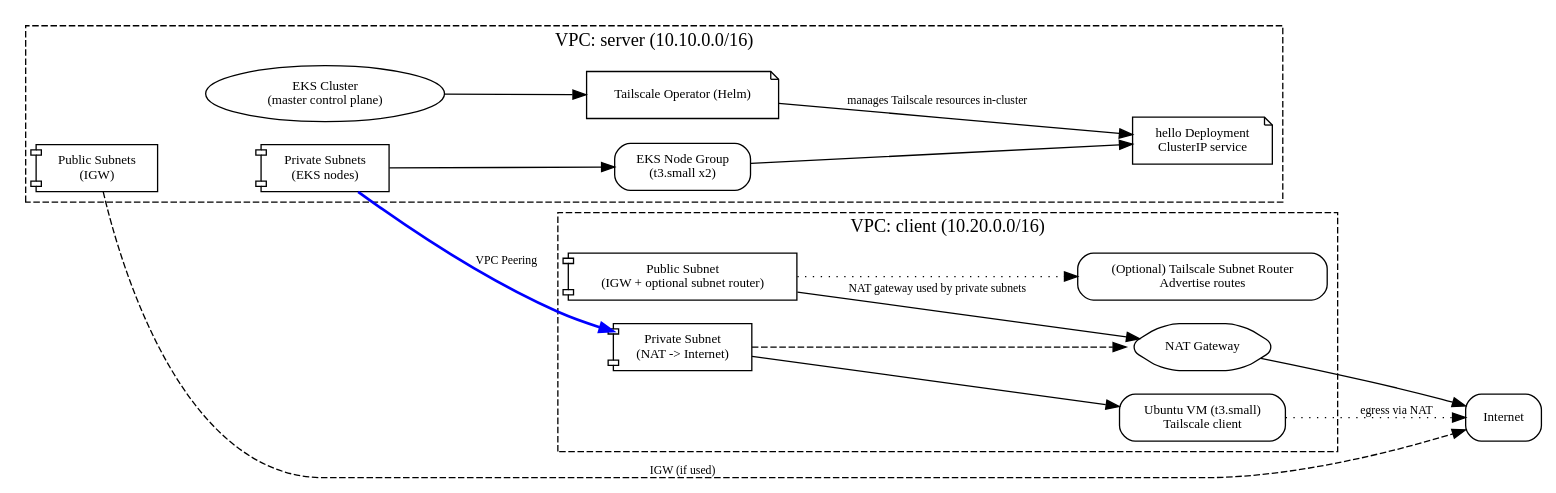
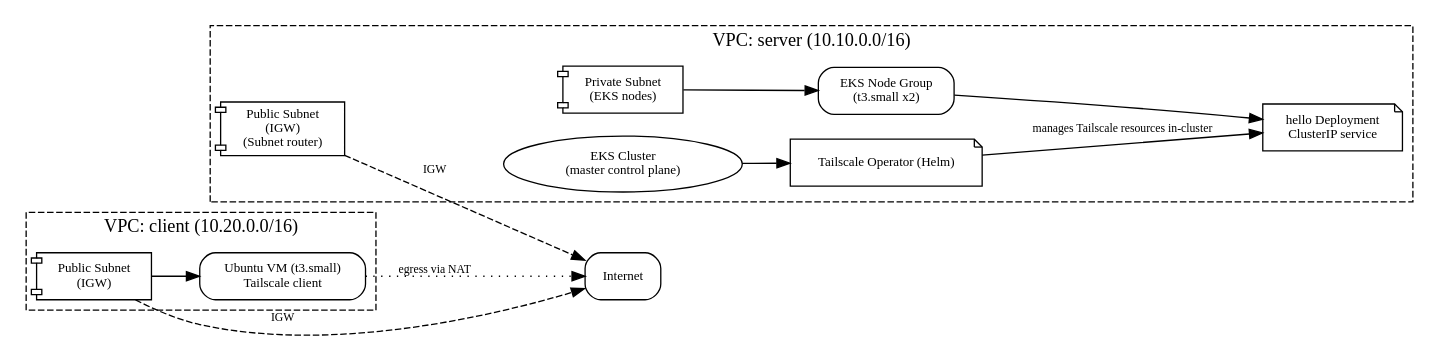
Before and after one commit to sudo-fsv/tsnet-hybrid-lab: the diagram in lab/topology/topology.dot, drawn with Graphviz. The commit also changed 13 other files, not shown here.

```diff
--- a/lab/topology/topology.dot
+++ b/lab/topology/topology.dot
@@ -1,56 +1,50 @@
 // Topology for Terraform lab: two VPCs (server, client), peered
-// - server VPC: EKS cluster (hello app) + Tailscale operator
-// - client VPC: Ubuntu VM (Tailscale client) behind NAT + optional subnet router in public subnet
+// Design updates: single public/private subnets, client VPC has only a public subnet (no NAT),
+// and the optional Tailscale subnet-router now lives in the server public subnet with a public IP.
 
 digraph lab_topology {
   rankdir=LR;
   node [shape=box, style=rounded, fontsize=10];
 
   Internet [shape=cloud, label="Internet"];
 
   subgraph cluster_server_vpc {
     label = "VPC: server (10.10.0.0/16)";
     style = "dashed";
 
-    server_public [label="Public Subnets\n(IGW)", shape=component];
-    server_private [label="Private Subnets\n(EKS nodes)", shape=component];
+    server_public [label="Public Subnet\n(IGW)\n(Subnet router)", shape=component];
+    server_private [label="Private Subnet\n(EKS nodes)", shape=component];
 
     eks_cluster [label="EKS Cluster\n(master control plane)", shape=oval];
     eks_nodes [label="EKS Node Group\n(t3.small x2)", shape=box];
     hello_app [label="hello Deployment\nClusterIP service", shape=note];
     tailscale_operator [label="Tailscale Operator (Helm)", shape=note];
 
     server_public -> server_private [style=invis];
     server_private -> eks_nodes;
     eks_nodes -> hello_app;
     eks_cluster -> tailscale_operator;
   }
 
   subgraph cluster_client_vpc {
     label = "VPC: client (10.20.0.0/16)";
     style = "dashed";
+    client_public [label="Public Subnet\n(IGW)", shape=component];
 
-    client_public [label="Public Subnet\n(IGW + optional subnet router)", shape=component];
-    client_private [label="Private Subnet\n(NAT -> Internet)", shape=component];
+    ubuntu_vm [label="Ubuntu VM (t3.small)\nTailscale client", shape=box];
 
-    nat_gw [label="NAT Gateway", shape=hexagon];
-    ubuntu_vm [label="Ubuntu VM (t3.small)\nTailscale client", shape=box];
-    tailscale_router [label="(Optional) Tailscale Subnet Router\nAdvertise routes", shape=box];
-
-    client_public -> nat_gw [label="NAT gateway used by private subnets", fontsize=9];
-    client_private -> nat_gw [style=dashed];
-    client_private -> ubuntu_vm;
-    client_public -> tailscale_router [style=dotted];
+    # client has no private subnets and no NAT gateway in the simplified design
+    client_public -> ubuntu_vm;
   }
 
-  // VPC peering connection
-  server_private -> client_private [label="VPC Peering", color=blue, fontsize=9, penwidth=2];
+  // VPC peering removed — connectivity via Tailscale overlay
+  // (no explicit VPC peering connection between server and client in this design)
 
   // Internet connectivity
-  nat_gw -> Internet;
-  server_public -> Internet [style=dashed, label="IGW (if used)", fontsize=9];
+  server_public -> Internet [style=dashed, label="IGW", fontsize=9];
+  client_public -> Internet [style=dashed, label="IGW", fontsize=9];
 
   // Logical relationships
   tailscale_operator -> hello_app [label="manages Tailscale resources in-cluster", fontsize=9];
   ubuntu_vm -> Internet [style=dotted, label="egress via NAT", fontsize=9];
 }
```
